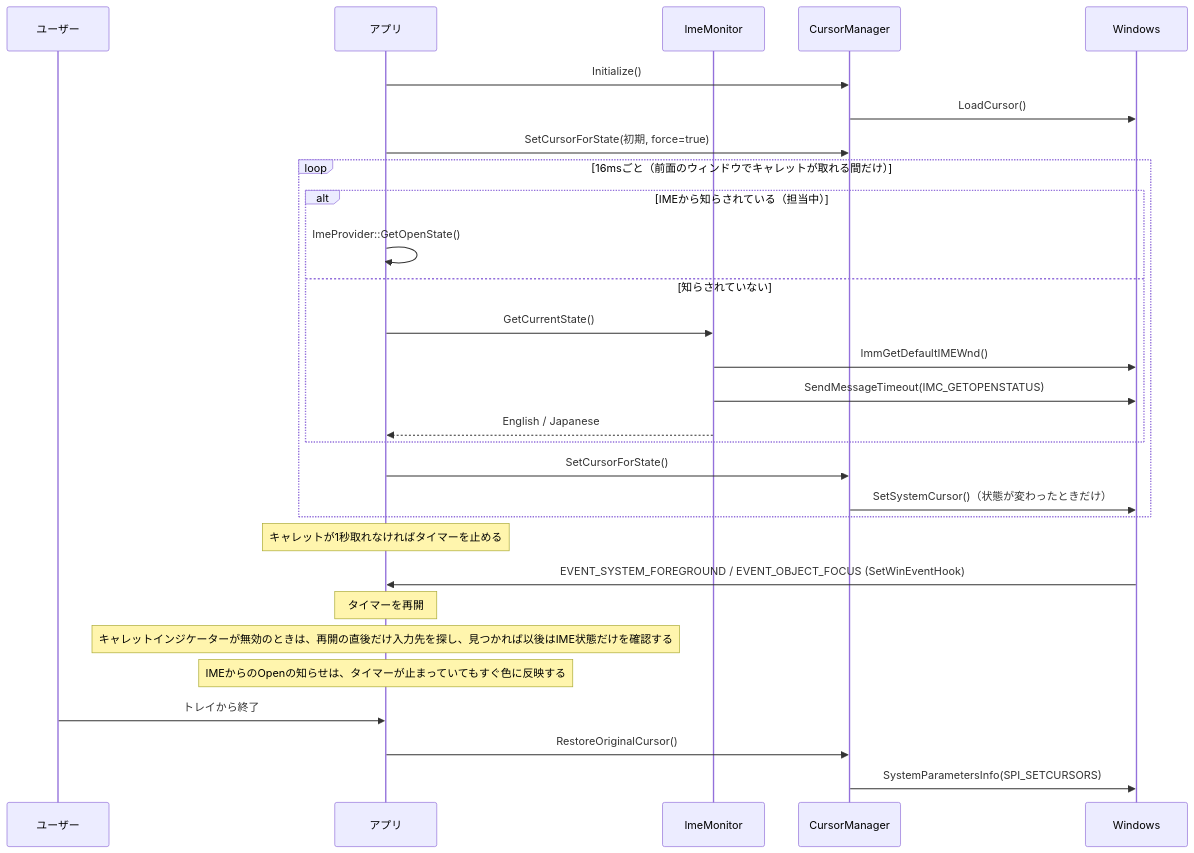
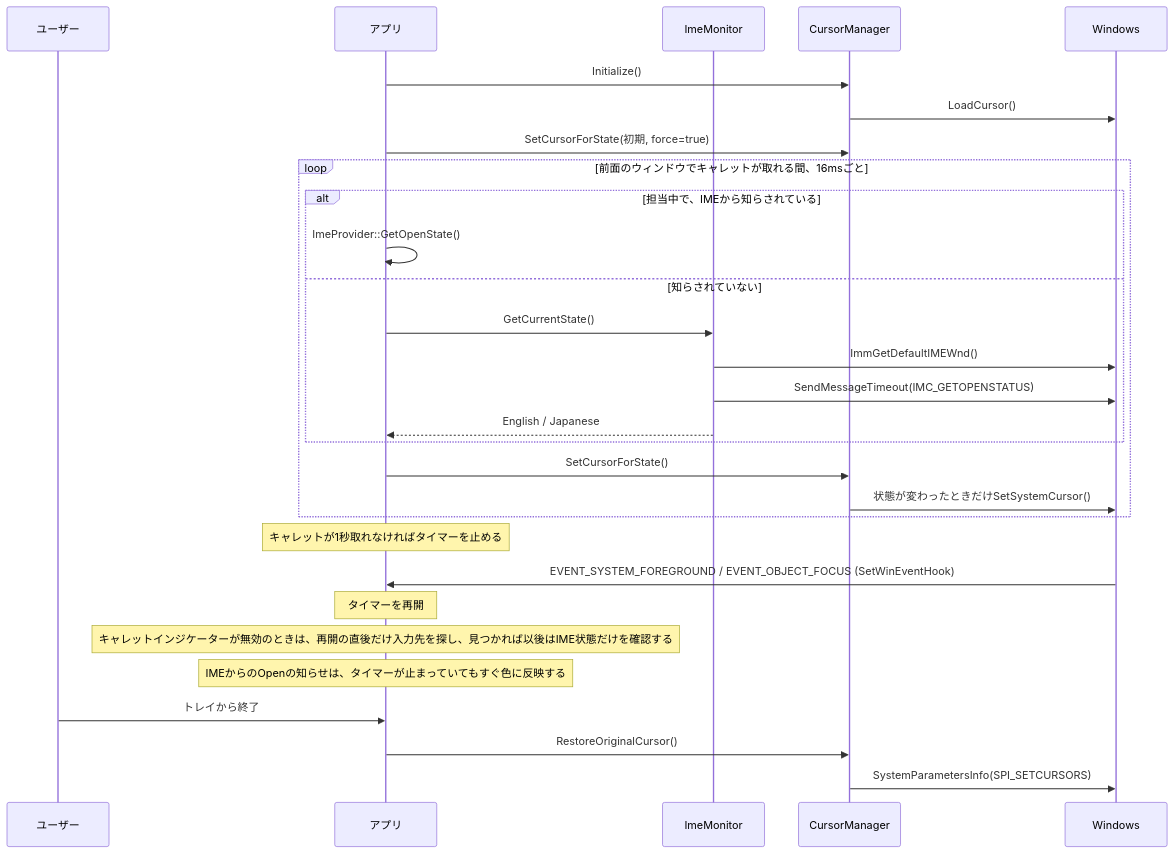
Before and after one commit to ycookiey/yCursory: the second of 6 diagrams in docs/architecture.md, drawn with Mermaid. The commit also changed other lines of this file and 14 other files, not shown here.

````diff
--- a/docs/architecture.md
+++ b/docs/architecture.md
@@ -38,35 +38,35 @@
 ```mermaid
 sequenceDiagram
     participant User as ユーザー
     participant App as アプリ
     participant IME as ImeMonitor
     participant Cursor as CursorManager
     participant Win as Windows
     
     App->>Cursor: Initialize()
     Cursor->>Win: LoadCursor()
     App->>Cursor: SetCursorForState(初期, force=true)
     
-    loop 16msごと（前面のウィンドウでキャレットが取れる間だけ）
-        alt IMEから知らされている（担当中）
+    loop 前面のウィンドウでキャレットが取れる間、16msごと
+        alt 担当中で、IMEから知らされている
             App->>App: ImeProvider::GetOpenState()
         else 知らされていない
             App->>IME: GetCurrentState()
             IME->>Win: ImmGetDefaultIMEWnd()
             IME->>Win: SendMessageTimeout(IMC_GETOPENSTATUS)
             IME-->>App: English / Japanese
         end
         App->>Cursor: SetCursorForState()
-        Cursor->>Win: SetSystemCursor()（状態が変わったときだけ）
+        Cursor->>Win: 状態が変わったときだけSetSystemCursor()
     end
 
     Note over App: キャレットが1秒取れなければタイマーを止める
     Win->>App: EVENT_SYSTEM_FOREGROUND / EVENT_OBJECT_FOCUS (SetWinEventHook)
     Note over App: タイマーを再開
     Note over App: キャレットインジケーターが無効のときは、再開の直後だけ入力先を探し、見つかれば以後はIME状態だけを確認する
     Note over App: IMEからのOpenの知らせは、タイマーが止まっていてもすぐ色に反映する
     
     User->>App: トレイから終了
     App->>Cursor: RestoreOriginalCursor()
     Cursor->>Win: SystemParametersInfo(SPI_SETCURSORS)
 ```
````
